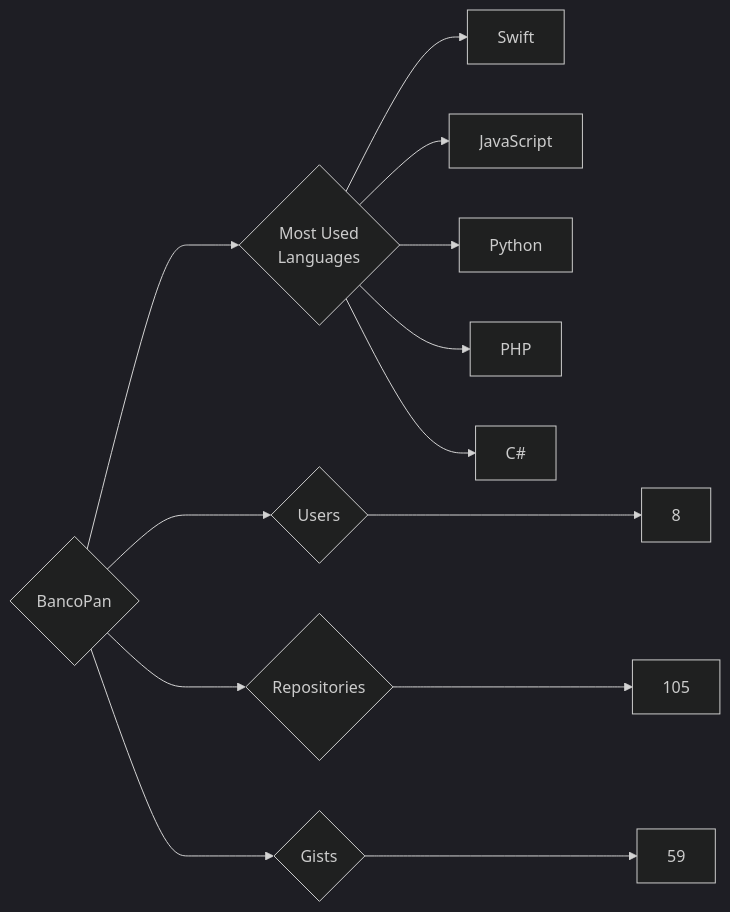
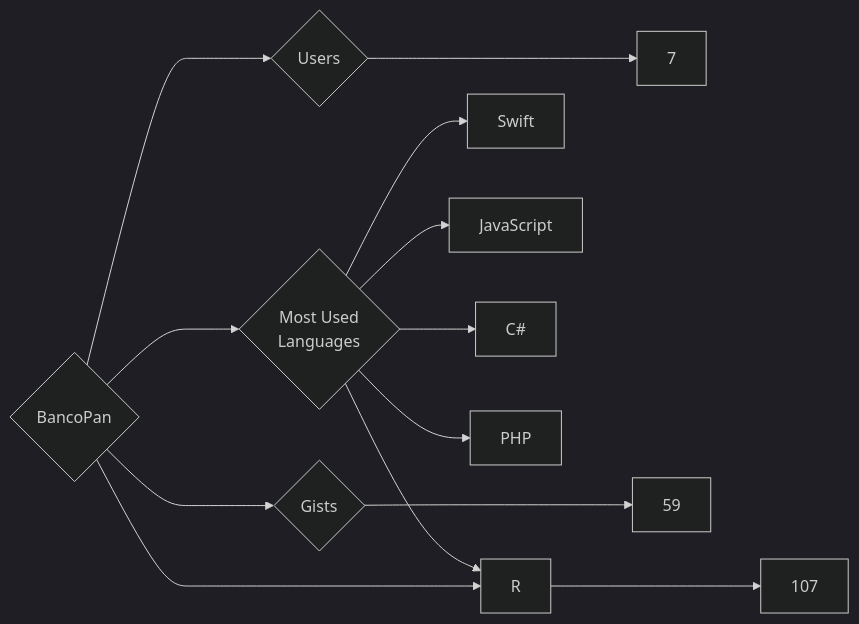
One commit to trickest/insiders changed the diagram in targets/BancoPan/README.md. Above: the diagram before and after it, drawn with Mermaid (dark theme). The commit also changed 1084 other files, not shown here.

````diff
--- a/targets/BancoPan/README.md
+++ b/targets/BancoPan/README.md
@@ -3,13 +3,13 @@
 ```mermaid
 graph LR
 COMPANY_NAME{BancoPan}
-COMPANY_NAME ---> U{Users} ---> UN[8]
-COMPANY_NAME ---> R{Repositories} ---> RN[105]
+COMPANY_NAME ---> U{Users} ---> UN[7]
+COMPANY_NAME ---> R{Repositories} ---> RN[107]
 COMPANY_NAME ---> G{Gists} ---> GN[59]
 COMPANY_NAME ---> ML{Most Used<br>Languages}
 ML --> Swift[Swift]
 ML --> JavaScript[JavaScript]
-ML --> Python[Python]
+ML --> C#[C#]
 ML --> PHP[PHP]
-ML --> C#[C#]
+ML --> R[R]
 ```
````
